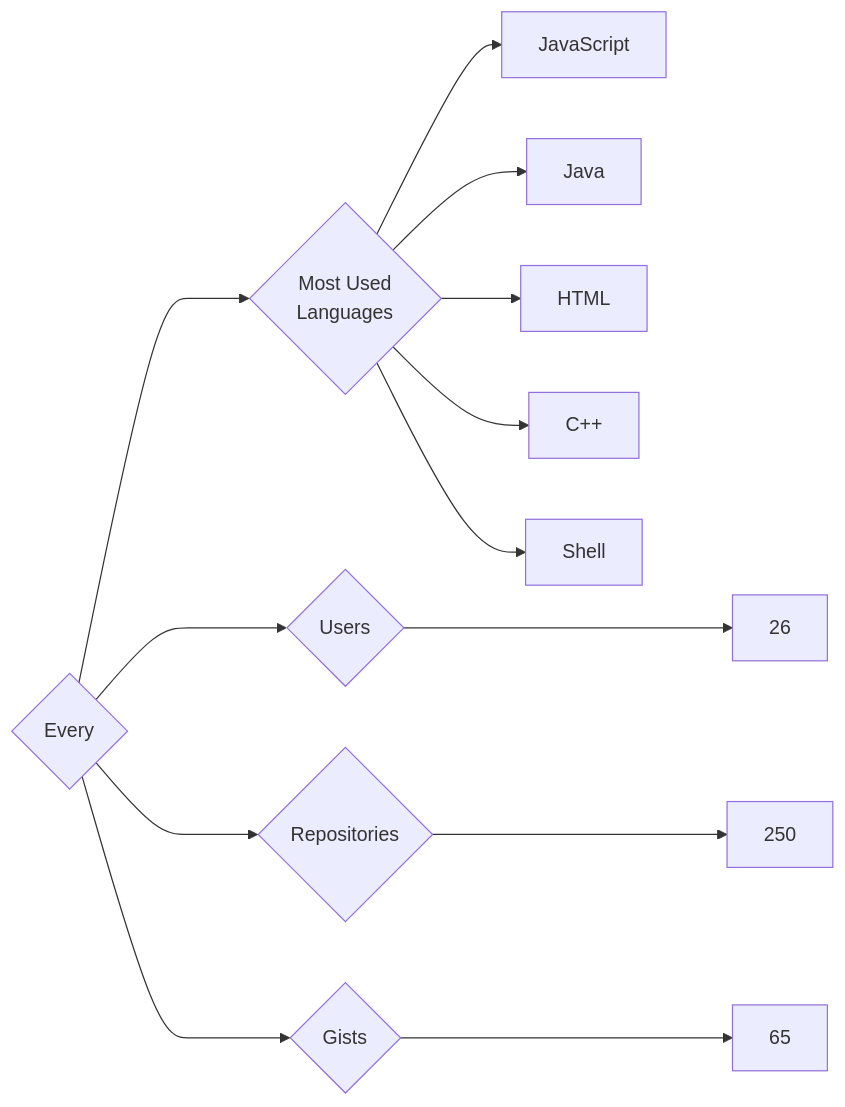
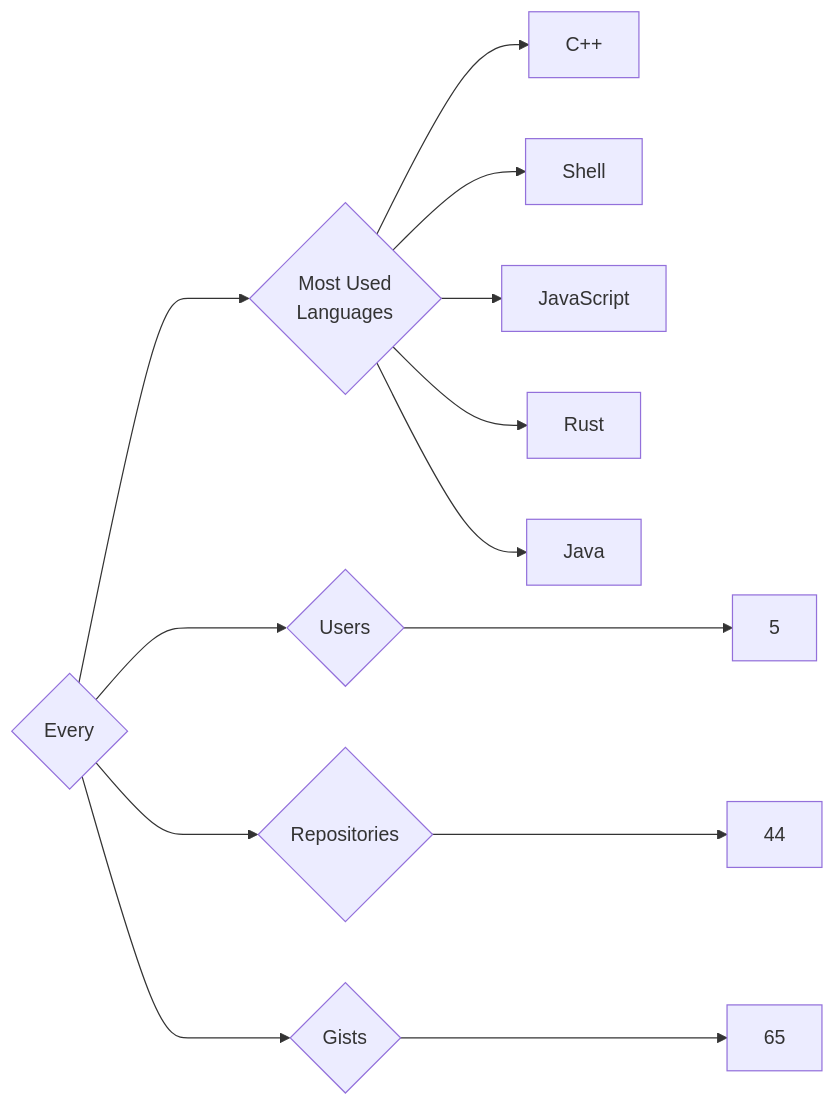
One commit to trickest/insiders changed the diagram in targets/Every/README.md. Above: the diagram before and after it, drawn with Mermaid. The commit also changed 951 other files, not shown here.

````diff
--- a/targets/Every/README.md
+++ b/targets/Every/README.md
@@ -3,13 +3,13 @@
 ```mermaid
 graph LR
 COMPANY_NAME{Every}
-COMPANY_NAME ---> U{Users} ---> UN[26]
-COMPANY_NAME ---> R{Repositories} ---> RN[250]
+COMPANY_NAME ---> U{Users} ---> UN[5]
+COMPANY_NAME ---> R{Repositories} ---> RN[44]
 COMPANY_NAME ---> G{Gists} ---> GN[65]
 COMPANY_NAME ---> ML{Most Used<br>Languages}
-ML --> JavaScript[JavaScript]
-ML --> Java[Java]
-ML --> HTML[HTML]
 ML --> C++[C++]
 ML --> Shell[Shell]
+ML --> JavaScript[JavaScript]
+ML --> Rust[Rust]
+ML --> Java[Java]
 ```
````
